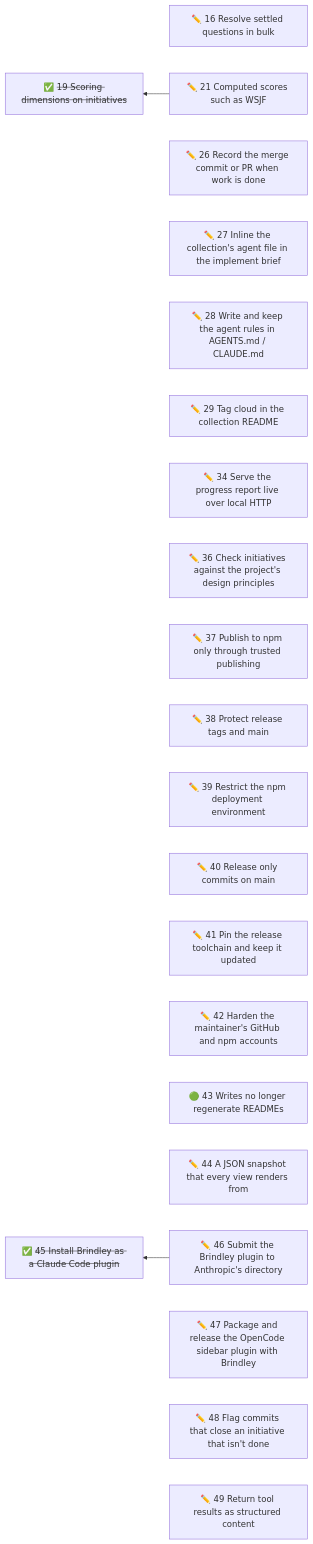
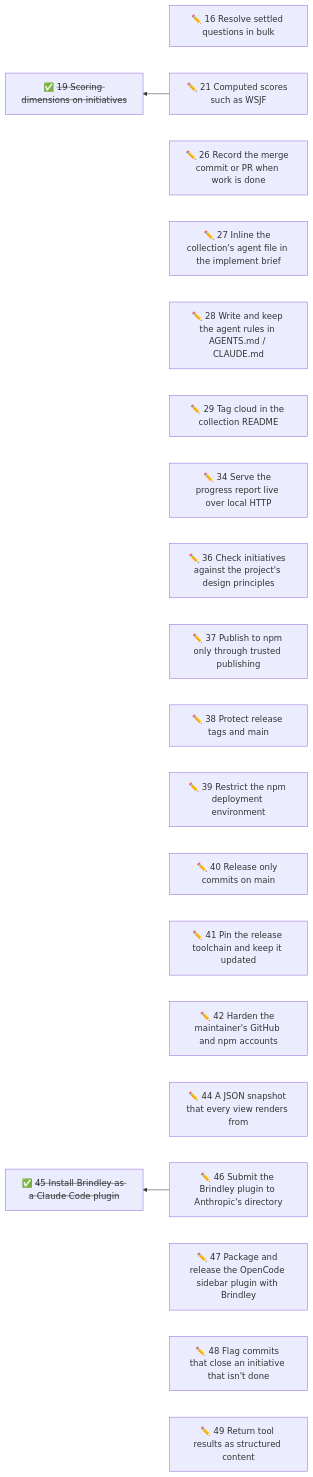
Before and after one commit to duckAsteroid/brindley: the diagram in initiatives/README.md, drawn with Mermaid. The commit also changed other lines of this file and 19 other files, not shown here.

First line of the commit message:
feat!: writes no longer regenerate generated README blocks

````diff
--- a/initiatives/README.md
+++ b/initiatives/README.md
@@ -50,49 +49,47 @@
 ```mermaid
 flowchart RL
   n16["✏️ 16 Resolve settled questions in bulk"]
   n21["✏️ 21 Computed scores such as WSJF"]
   n26["✏️ 26 Record the merge commit or PR when work is done"]
   n27["✏️ 27 Inline the collection's agent file in the implement brief"]
   n28["✏️ 28 Write and keep the agent rules in AGENTS.md / CLAUDE.md"]
   n29["✏️ 29 Tag cloud in the collection README"]
   n34["✏️ 34 Serve the progress report live over local HTTP"]
   n36["✏️ 36 Check initiatives against the project's design principles"]
   n37["✏️ 37 Publish to npm only through trusted publishing"]
   n38["✏️ 38 Protect release tags and main"]
   n39["✏️ 39 Restrict the npm deployment environment"]
   n40["✏️ 40 Release only commits on main"]
   n41["✏️ 41 Pin the release toolchain and keep it updated"]
   n42["✏️ 42 Harden the maintainer's GitHub and npm accounts"]
-  n43["🟢 43 Writes no longer regenerate READMEs"]
   n44["✏️ 44 A JSON snapshot that every view renders from"]
   n46["✏️ 46 Submit the Brindley plugin to Anthropic's directory"]
   n47["✏️ 47 Package and release the OpenCode sidebar plugin with Brindley"]
   n48["✏️ 48 Flag commits that close an initiative that isn't done"]
   n49["✏️ 49 Return tool results as structured content"]
   n19["✅ <s>19 Scoring dimensions on initiatives</s>"]
   n45["✅ <s>45 Install Brindley as a Claude Code plugin</s>"]
   n21 --> n19
   n46 --> n45
   click n16 href "16-resolve-settled-questions-in-bulk.md"
   click n21 href "21-computed-scores-such-as-wsjf.md"
   click n26 href "26-record-the-merge-commit-or-pr-when-work-is-done.md"
   click n27 href "27-inline-the-collection-s-agent-file-in-the-implement-brief.md"
   click n28 href "28-write-and-keep-the-agent-rules-in-agents-md-claude-md.md"
   click n29 href "29-tag-cloud-in-the-collection-readme.md"
   click n34 href "34-serve-the-progress-report-live-over-local-http.md"
   click n36 href "36-check-initiatives-against-the-project-s-design-principles.md"
   click n37 href "37-publish-to-npm-only-through-trusted-publishing.md"
   click n38 href "38-protect-release-tags-and-main.md"
   click n39 href "39-restrict-the-npm-deployment-environment.md"
   click n40 href "40-release-only-commits-on-main.md"
   click n41 href "41-pin-the-release-toolchain-and-keep-it-updated.md"
   click n42 href "42-harden-the-maintainer-s-github-and-npm-accounts.md"
-  click n43 href "43-writes-no-longer-regenerate-readmes.md"
   click n44 href "44-a-json-snapshot-that-every-view-renders-from.md"
   click n46 href "46-submit-the-brindley-plugin-to-anthropic-s-directory.md"
   click n47 href "47-package-and-release-the-opencode-sidebar-plugin-with-brindle.md"
   click n48 href "48-flag-commits-that-close-an-initiative-that-isn-t-done.md"
   click n49 href "49-return-tool-results-as-structured-content.md"
   click n19 href "done/19-rank-initiatives-by-scoring-dimensions.md"
   click n45 href "done/45-install-brindley-as-a-claude-code-plugin.md"
 ```
````
